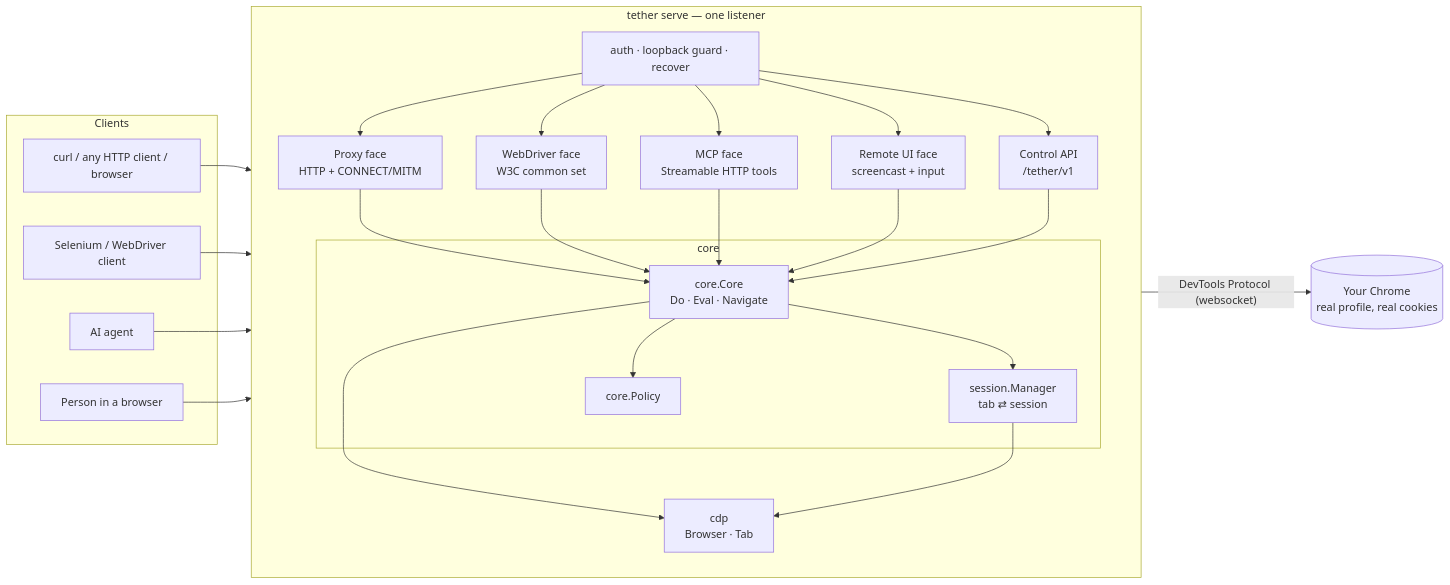
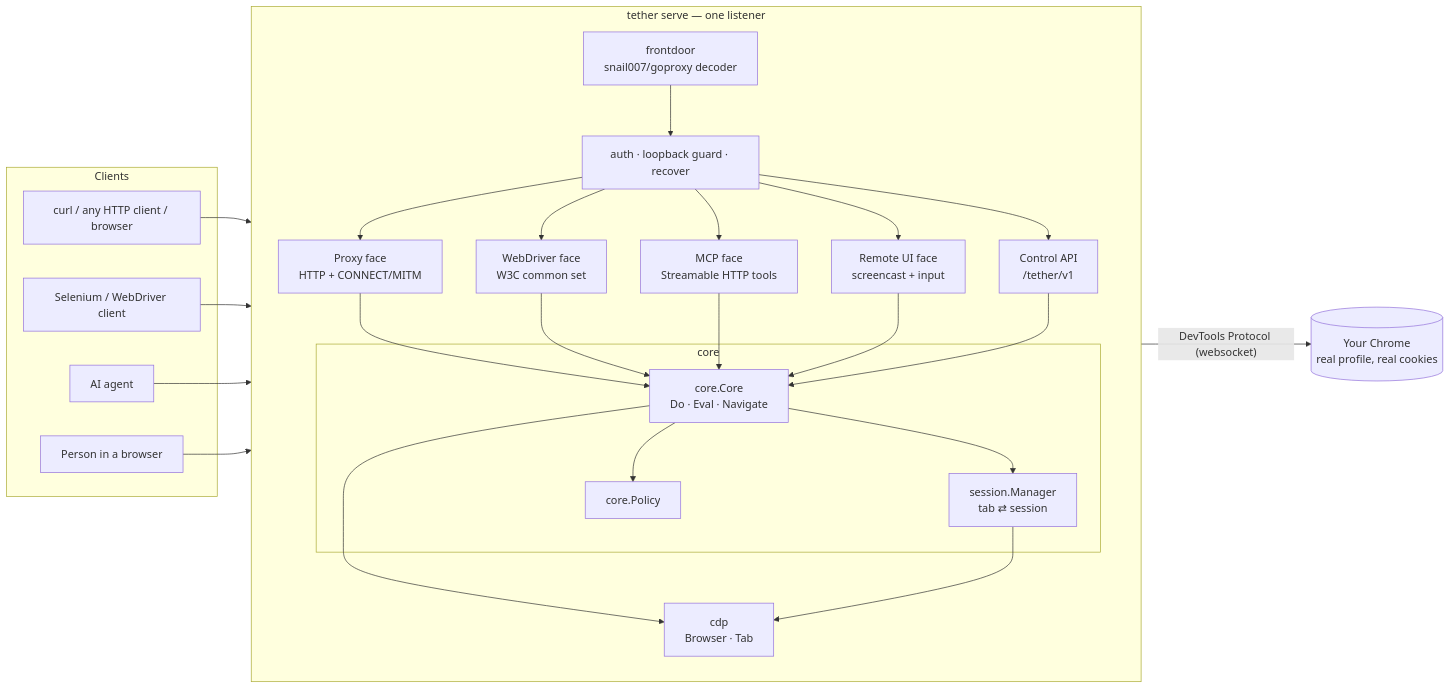
Before and after one commit to adeelahmad/Tether: the first of 3 diagrams in docs/ARCHITECTURE.md, drawn with Mermaid. The commit also changed other lines of this file and 10 other files, not shown here.

First line of the commit message:
feat: snail007/goproxy front door; relicense to GPL-3.0 (#8)

````diff
--- a/docs/ARCHITECTURE.md
+++ b/docs/ARCHITECTURE.md
@@ -9,39 +9,41 @@
 ```mermaid
 flowchart LR
   subgraph clients[Clients]
     C1[curl / any HTTP client / browser]
     C2[Selenium / WebDriver client]
     C3[AI agent]
     C4[Person in a browser]
   end
 
   subgraph tether[tether serve — one listener]
     direction TB
+    F[frontdoor<br/>snail007/goproxy decoder]
     G[auth · loopback guard · recover]
     P[Proxy face<br/>HTTP + CONNECT/MITM]
     W[WebDriver face<br/>W3C common set]
     M[MCP face<br/>Streamable HTTP tools]
     R[Remote UI face<br/>screencast + input]
     A[Control API<br/>/tether/v1]
     subgraph core[core]
       S[session.Manager<br/>tab ⇄ session]
       E[core.Core<br/>Do · Eval · Navigate]
       PO[core.Policy]
     end
     X[cdp<br/>Browser · Tab]
   end
 
   Chrome[(Your Chrome<br/>real profile, real cookies)]
 
-  C1 --> G --> P
-  C2 --> G --> W
-  C3 --> G --> M
-  C4 --> G --> R
+  C1 & C2 & C3 & C4 --> F --> G
+  G --> P
+  G --> W
+  G --> M
+  G --> R
   G --> A
   P & W & M & R & A --> E
   E --> S
   E --> PO
   E --> X
   S --> X
   X -- DevTools Protocol (websocket) --> Chrome
 ```
````
